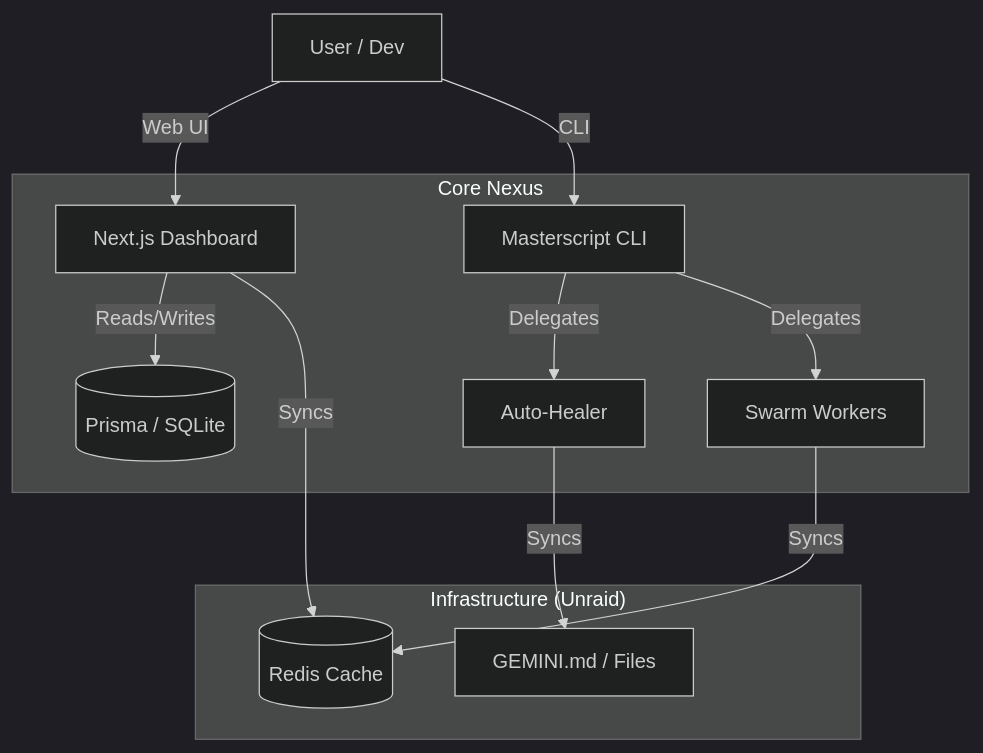
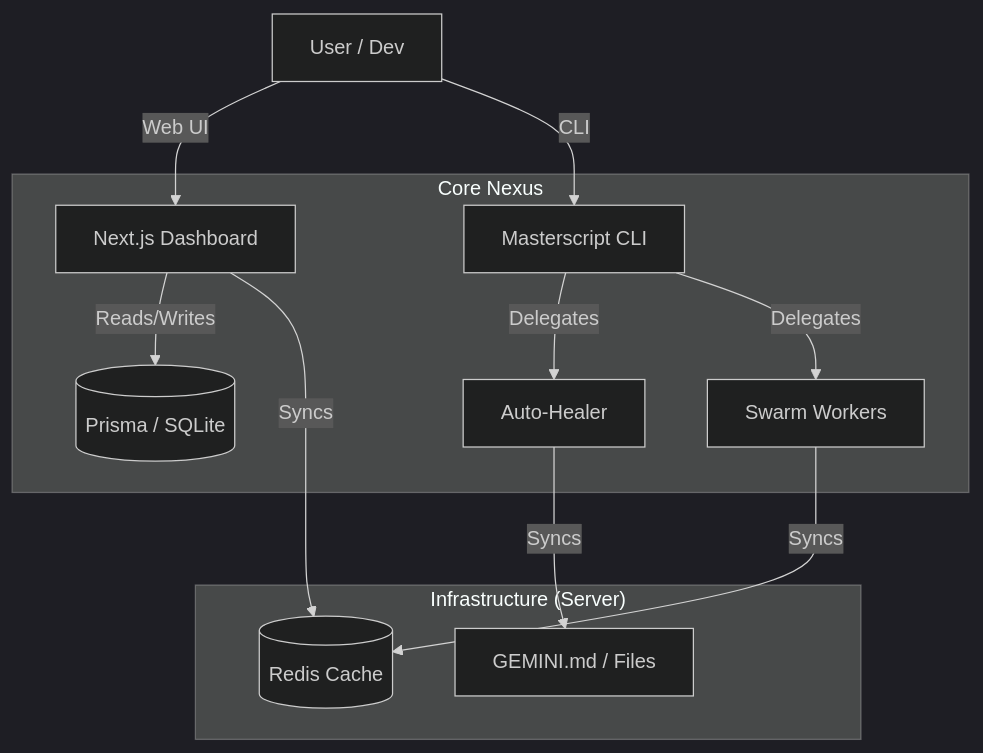
The diagram in README.md (ateliersam86/jarvis), drawn with Mermaid (dark theme) before and after one commit. The commit also changed other lines of this file and 14 other files, not shown here.

````diff
--- a/README.md
+++ b/README.md
@@ -75,20 +75,20 @@
 ```mermaid
 graph TD
     User[User / Dev] -->|Web UI| Dashboard[Next.js Dashboard]
     User -->|CLI| Masterscript[Masterscript CLI]
     
     subgraph "Core Nexus"
         Masterscript -->|Delegates| Healer[Auto-Healer]
         Masterscript -->|Delegates| Swarm[Swarm Workers]
         Dashboard -->|Reads/Writes| DB[(Prisma / SQLite)]
     end
     
-    subgraph "Infrastructure (Unraid)"
+    subgraph "Infrastructure (Server)"
         Redis[(Redis Cache)]
         SharedMem[GEMINI.md / Files]
     end
     
     Swarm -->|Syncs| Redis
     Healer -->|Syncs| SharedMem
     Dashboard -->|Syncs| Redis
 ```
````
